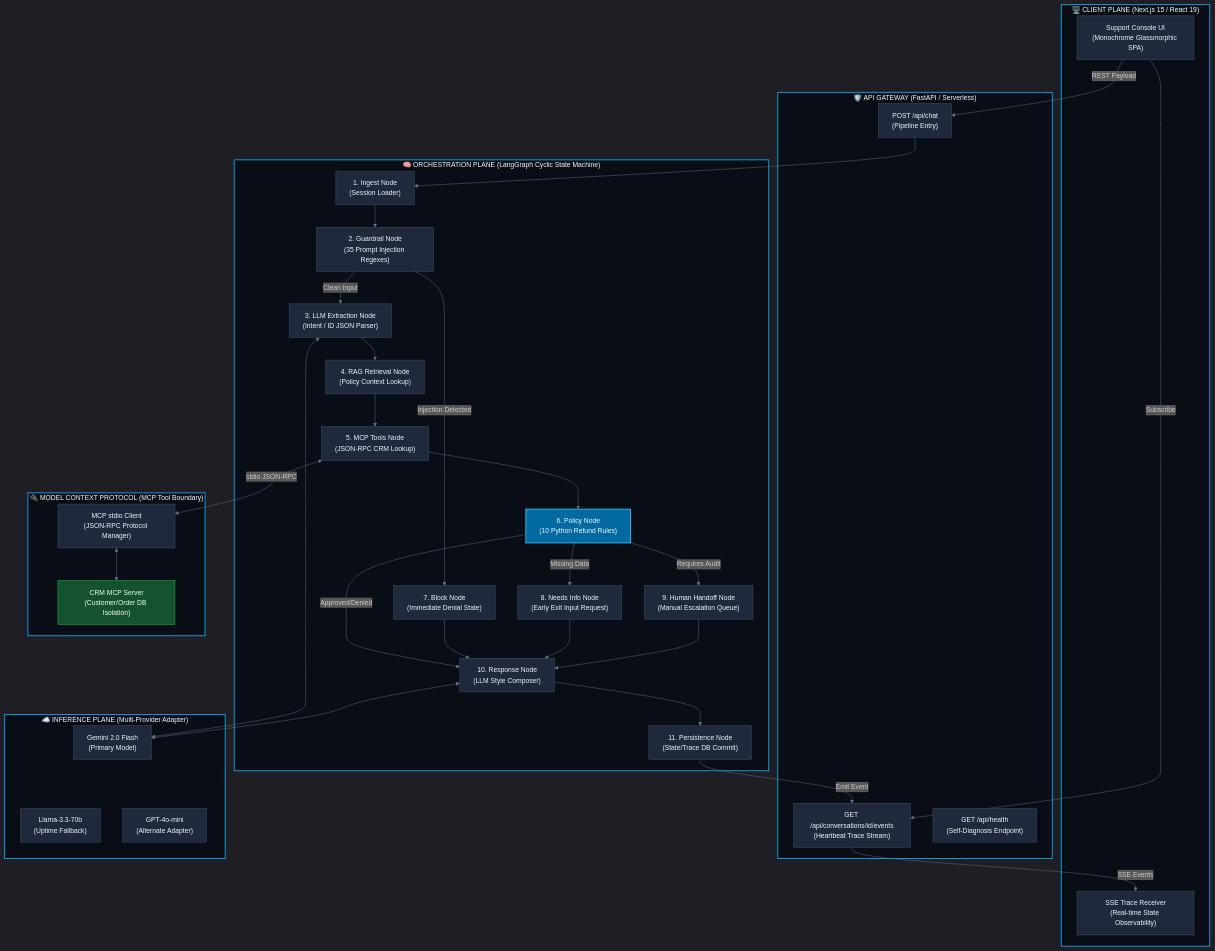
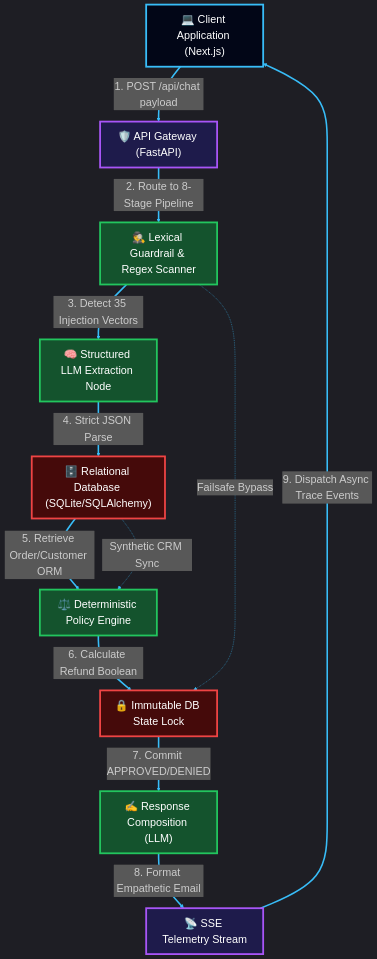
The diagram in README.md (kunal-gh/Andromeda), drawn with Mermaid before and after one commit. The commit also changed other lines of this file and 1 other file, not shown here.

Commit message:
Update README and DOCUMENTATION

````diff
--- a/README.md
+++ b/README.md
@@ -36,101 +34,47 @@
 %%{init: {
   'theme': 'dark',
   'themeVariables': {
-    'fontSize': '15px',
-    'fontFamily': 'Space Grotesk, Inter, system-ui, sans-serif',
+    'fontSize': '24px',
+    'fontFamily': 'Space Grotesk, system-ui, sans-serif',
     'primaryColor': '#0f172a',
     'primaryTextColor': '#f8fafc',
     'primaryBorderColor': '#38bdf8',
-    'lineColor': '#64748b',
+    'lineColor': '#38bdf8',
     'secondaryColor': '#1e293b',
-    'tertiaryColor': '#0f172a'
+    'tertiaryColor': '#0f172a',
+    'nodeBorder': '#0ea5e9'
   }
 }}%%
 graph TD
-    subgraph ClientPlane["🖥️ CLIENT PLANE (Next.js 15 / React 19)"]
-        UI["Support Console UI<br/>(Monochrome Glassmorphic SPA)"]
-        Telemetry["SSE Trace Receiver<br/>(Real-time State Observability)"]
-    end
+    %% Global styling
+    classDef client fill:#020617,stroke:#38bdf8,stroke-width:4px,color:#fff;
+    classDef gateway fill:#1e1b4b,stroke:#a855f7,stroke-width:4px,color:#fff;
+    classDef engine fill:#14532d,stroke:#22c55e,stroke-width:4px,color:#fff;
+    classDef db fill:#450a0a,stroke:#ef4444,stroke-width:4px,color:#fff;
 
-    subgraph APIGateway["🛡️ API GATEWAY (FastAPI / Serverless)"]
-        ChatEndpoint["POST /api/chat<br/>(Pipeline Entry)"]
-        SSEEndpoint["GET /api/conversations/id/events<br/>(Heartbeat Trace Stream)"]
-        HealthEndpoint["GET /api/health<br/>(Self-Diagnosis Endpoint)"]
-    end
+    %% Nodes
+    A["💻 Client Application (Next.js)"]:::client
+    B["🛡️ API Gateway (FastAPI)"]:::gateway
+    C["🕵️ Lexical Guardrail & Regex Scanner"]:::engine
+    D["🧠 Structured LLM Extraction Node"]:::engine
+    E["🗄️ Relational Database (SQLite/SQLAlchemy)"]:::db
+    F["⚖️ Deterministic Policy Engine"]:::engine
+    G["🔒 Immutable DB State Lock"]:::db
+    H["✍️ Response Composition (LLM)"]:::engine
+    I["📡 SSE Telemetry Stream"]:::gateway
 
-    subgraph LangGraphEngine["🧠 ORCHESTRATION PLANE (LangGraph Cyclic State Machine)"]
-        Ingest["1. Ingest Node<br/>(Session Loader)"]
-        Guard["2. Guardrail Node<br/>(35 Prompt Injection Regexes)"]
-        Extractor["3. LLM Extraction Node<br/>(Intent / ID JSON Parser)"]
-        Retrieval["4. RAG Retrieval Node<br/>(Policy Context Lookup)"]
-        Tools["5. MCP Tools Node<br/>(JSON-RPC CRM Lookup)"]
-        Policy["6. Policy Node<br/>(10 Python Refund Rules)"]
-        Block["7. Block Node<br/>(Immediate Denial State)"]
-        NeedsInfo["8. Needs Info Node<br/>(Early Exit Input Request)"]
-        Handoff["9. Human Handoff Node<br/>(Manual Escalation Queue)"]
-        Response["10. Response Node<br/>(LLM Style Composer)"]
-        Persistence["11. Persistence Node<br/>(State/Trace DB Commit)"]
-    end
+    %% Connections
+    A == "1. POST /api/chat payload" ==> B
+    B == "2. Route to 8-Stage Pipeline" ==> C
+    C == "3. Detect 35 Injection Vectors" ==> D
+    D == "4. Strict JSON Parse" ==> E
+    E == "5. Retrieve Order/Customer ORM" ==> F
+    F == "6. Calculate Refund Boolean" ==> G
+    G == "7. Commit APPROVED/DENIED" ==> H
+    H == "8. Format Empathetic Email" ==> I
+    I == "9. Dispatch Async Trace Events" ==> A
 
-    subgraph MCPPlane["🔌 MODEL CONTEXT PROTOCOL (MCP Tool Boundary)"]
-        MCPClient["MCP stdio Client<br/>(JSON-RPC Protocol Manager)"]
-        CRMServer["CRM MCP Server<br/>(Customer/Order DB Isolation)"]
-    end
-
-    subgraph LLMPlane["☁️ INFERENCE PLANE (Multi-Provider Adapter)"]
-        Gemini["Gemini 2.0 Flash<br/>(Primary Model)"]
-        Groq["Llama-3.3-70b<br/>(Uptime Fallback)"]
-        OpenAI["GPT-4o-mini<br/>(Alternate Adapter)"]
-    end
-
-    %% Client and Gateway Relations
-    UI -->|REST Payload| ChatEndpoint
-    UI -->|Subscribe| SSEEndpoint
-    SSEEndpoint -->|SSE Events| Telemetry
-
-    %% Gateway and Graph Relations
-    ChatEndpoint --> Ingest
-    Ingest --> Guard
-    
-    %% Graph Transitions
-    Guard -->|Clean Input| Extractor
-    Guard -->|Injection Detected| Block
-    
-    Extractor --> Retrieval
-    Retrieval --> Tools
-    Tools --> Policy
-    
-    Policy -->|Missing Data| NeedsInfo
-    Policy -->|Approved/Denied| Response
-    Policy -->|Requires Audit| Handoff
-    
-    Block --> Response
-    NeedsInfo --> Response
-    Handoff --> Response
-    
-    Response --> Persistence
-    Persistence -->|Emit Event| SSEEndpoint
-
-    %% Graph and Tool Boundary
-    Tools <-->|stdio JSON-RPC| MCPClient
-    MCPClient <--> CRMServer
-
-    %% Graph and Inference
-    Extractor <--> Gemini
-    Response <--> Gemini
-    LLMPlane === Gemini
-    LLMPlane === Groq
-    LLMPlane === OpenAI
-
-    %% Styling classes
-    classDef plane fill:#090d16,stroke:#0ea5e9,stroke-width:2px,color:#f8fafc;
-    classDef node fill:#1e293b,stroke:#475569,stroke-width:1px,color:#f1f5f9;
-    classDef highlighted fill:#0369a1,stroke:#38bdf8,stroke-width:2px,color:#f0f9ff;
-    classDef database fill:#14532d,stroke:#22c55e,stroke-width:1px,color:#f0fdf4;
-    classDef error fill:#7f1d1d,stroke:#ef4444,stroke-width:1px,color:#fef2f2;
-
-    class ClientPlane,APIGateway,LangGraphEngine,MCPPlane,LLMPlane plane;
-    class UI,Telemetry,ChatEndpoint,SSEEndpoint,HealthEndpoint,Ingest,Guard,Extractor,Retrieval,Tools,Block,NeedsInfo,Handoff,Response,Persistence,MCPClient,Gemini,Groq,OpenAI node;
-    class Policy highlighted;
-    class CRMServer database;
+    %% Cross-layer interconnects showing non-isolated execution
+    C -. "Failsafe Bypass" .-> G
+    E -. "Synthetic CRM Sync" .-> F
 ```
````
